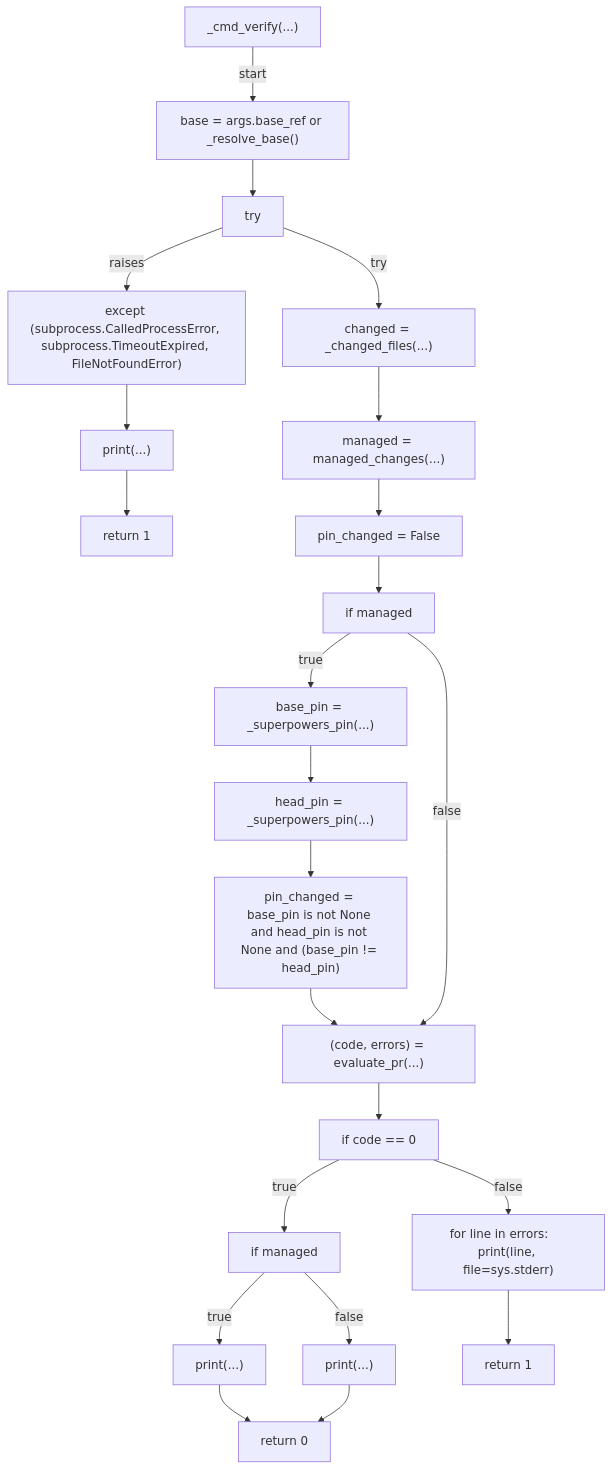
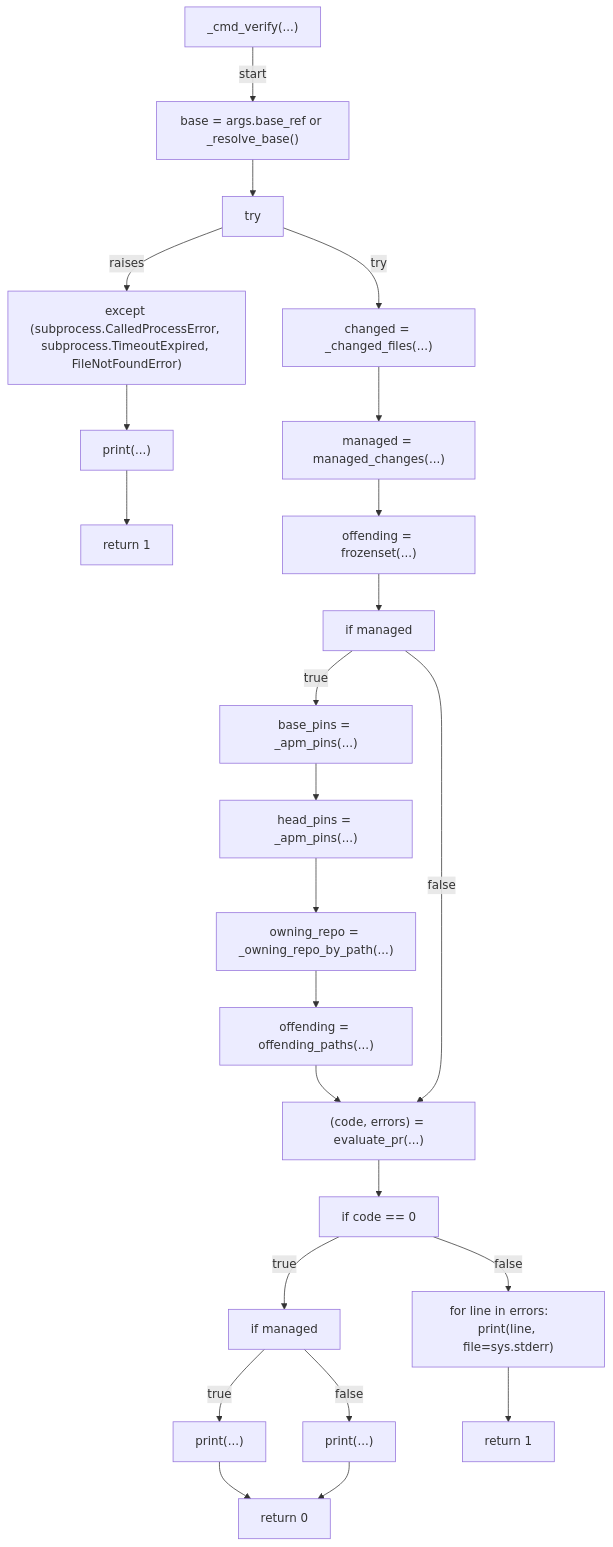
One commit to tvna/claude-md changed diagram 29 of 31 in docs/generated/scripts/ast/gate_agents_skills_edit.md. Above: the diagram before and after it, drawn with Mermaid. The commit also changed other lines of this file, not shown here.

First line of the commit message:
docs(generated): regenerate decision tree and workflow diagrams

````diff
--- a/docs/generated/scripts/ast/gate_agents_skills_edit.md
+++ b/docs/generated/scripts/ast/gate_agents_skills_edit.md
@@ -379,46 +452,48 @@
 ```mermaid
 flowchart TD
     N001["_cmd_verify(...)"]
     N002["base = args.base_ref or _resolve_base()"]
     N003["try"]
     N004["changed = _changed_files(...)"]
     N005["except (subprocess.CalledProcessError, subprocess.TimeoutExpired, FileNotFoundError)"]
     N006["print(...)"]
     N007["return 1"]
     N008["managed = managed_changes(...)"]
-    N009["pin_changed = False"]
+    N009["offending = frozenset(...)"]
     N010["if managed"]
-    N011["base_pin = _superpowers_pin(...)"]
-    N012["head_pin = _superpowers_pin(...)"]
-    N013["pin_changed = base_pin is not None and head_pin is not None and (base_pin != head_pin)"]
-    N014["(code, errors) = evaluate_pr(...)"]
-    N015["if code == 0"]
-    N016["if managed"]
-    N017["print(...)"]
+    N011["base_pins = _apm_pins(...)"]
+    N012["head_pins = _apm_pins(...)"]
+    N013["owning_repo = _owning_repo_by_path(...)"]
+    N014["offending = offending_paths(...)"]
+    N015["(code, errors) = evaluate_pr(...)"]
+    N016["if code == 0"]
+    N017["if managed"]
     N018["print(...)"]
-    N019["return 0"]
-    N020["for line in errors:     print(line, file=sys.stderr)"]
-    N021["return 1"]
+    N019["print(...)"]
+    N020["return 0"]
+    N021["for line in errors:     print(line, file=sys.stderr)"]
+    N022["return 1"]
     N001 -->|"start"| N002
     N002 --> N003
     N003 -->|"try"| N004
     N003 -->|"raises"| N005
     N005 --> N006
     N006 --> N007
     N004 --> N008
     N008 --> N009
     N009 --> N010
     N010 -->|"true"| N011
     N011 --> N012
     N012 --> N013
     N013 --> N014
-    N010 -->|"false"| N014
     N014 --> N015
-    N015 -->|"true"| N016
+    N010 -->|"false"| N015
+    N015 --> N016
     N016 -->|"true"| N017
-    N016 -->|"false"| N018
-    N017 --> N019
-    N018 --> N019
-    N015 -->|"false"| N020
-    N020 --> N021
+    N017 -->|"true"| N018
+    N017 -->|"false"| N019
+    N018 --> N020
+    N019 --> N020
+    N016 -->|"false"| N021
+    N021 --> N022
 ```
````
